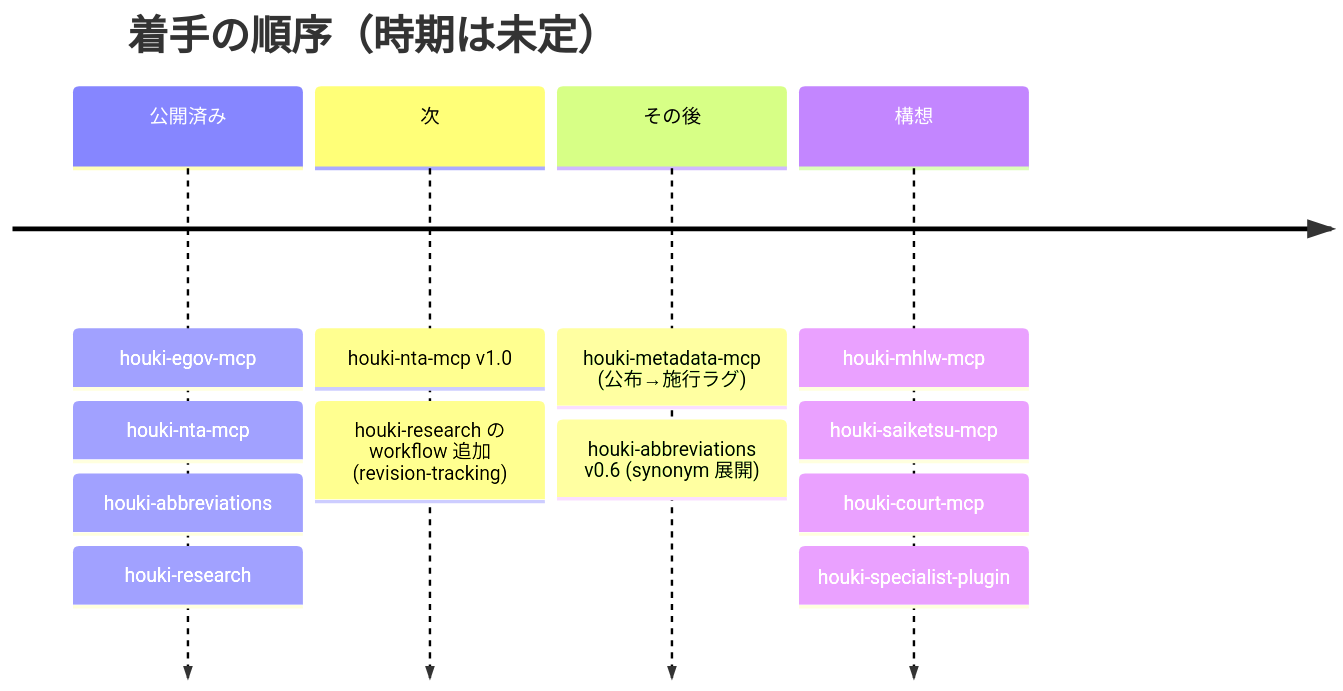
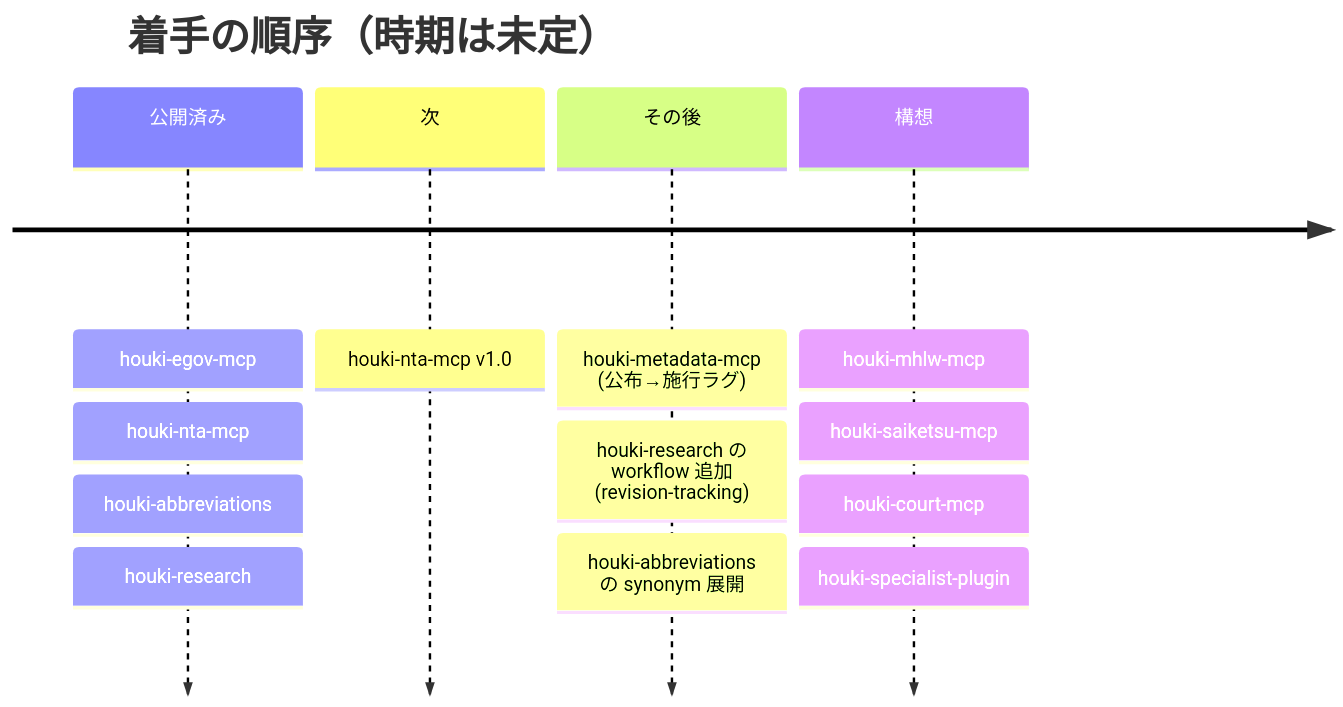
One commit to shuji-bonji/houki-hub changed the diagram in site/docs/guide/roadmap.md. Above: the diagram before and after it, drawn with Mermaid. The commit also changed other lines of this file and 3 other files, not shown here.

First line of the commit message:
docs: ROADMAP.md を「いま開いている項目」だけに縮め、サイトの予定の順序と揃える

````diff
--- a/site/docs/guide/roadmap.md
+++ b/site/docs/guide/roadmap.md
@@ -27,8 +27,8 @@
 ```mermaid
 timeline
     title 着手の順序（時期は未定）
     公開済み : houki-egov-mcp : houki-nta-mcp : houki-abbreviations : houki-research
-    次 : houki-nta-mcp v1.0 : houki-research の workflow 追加 (revision-tracking)
-    その後 : houki-metadata-mcp (公布→施行ラグ) : houki-abbreviations v0.6 (synonym 展開)
+    次 : houki-nta-mcp v1.0
+    その後 : houki-metadata-mcp (公布→施行ラグ) : houki-research の workflow 追加 (revision-tracking) : houki-abbreviations の synonym 展開
     構想 : houki-mhlw-mcp : houki-saiketsu-mcp : houki-court-mcp : houki-specialist-plugin
 ```
````
